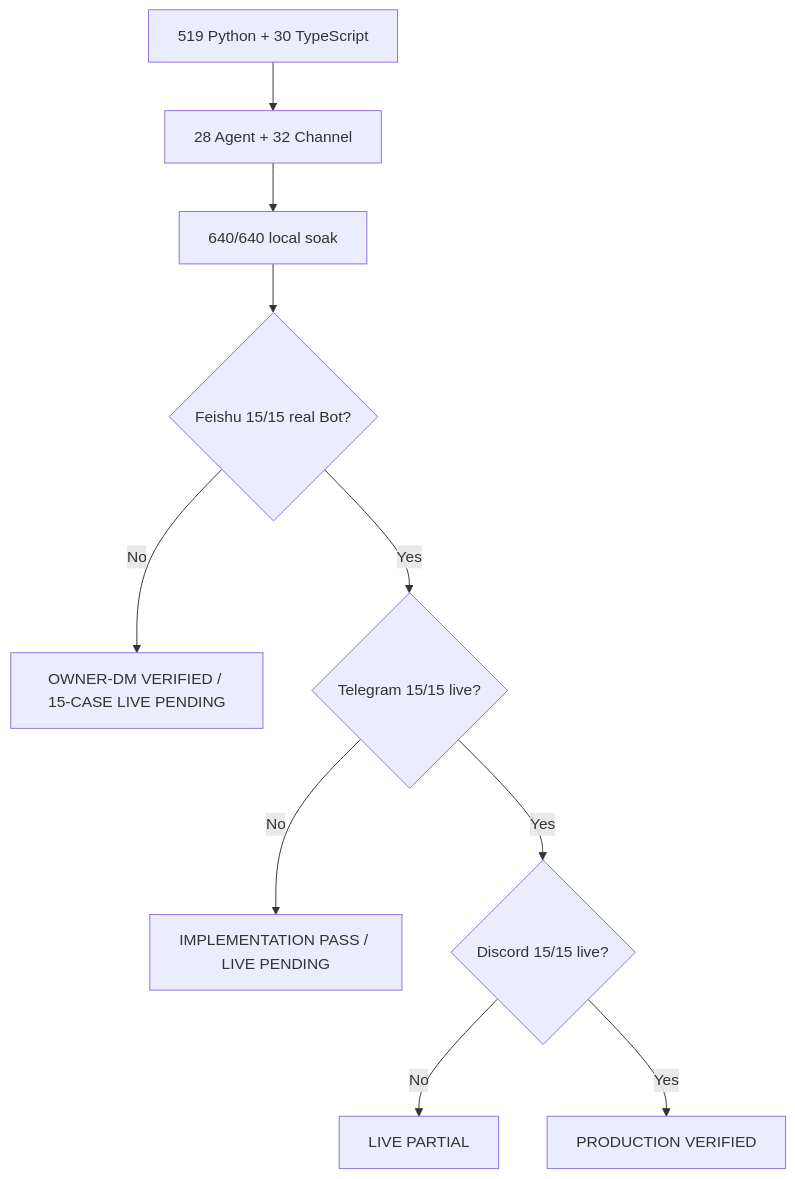
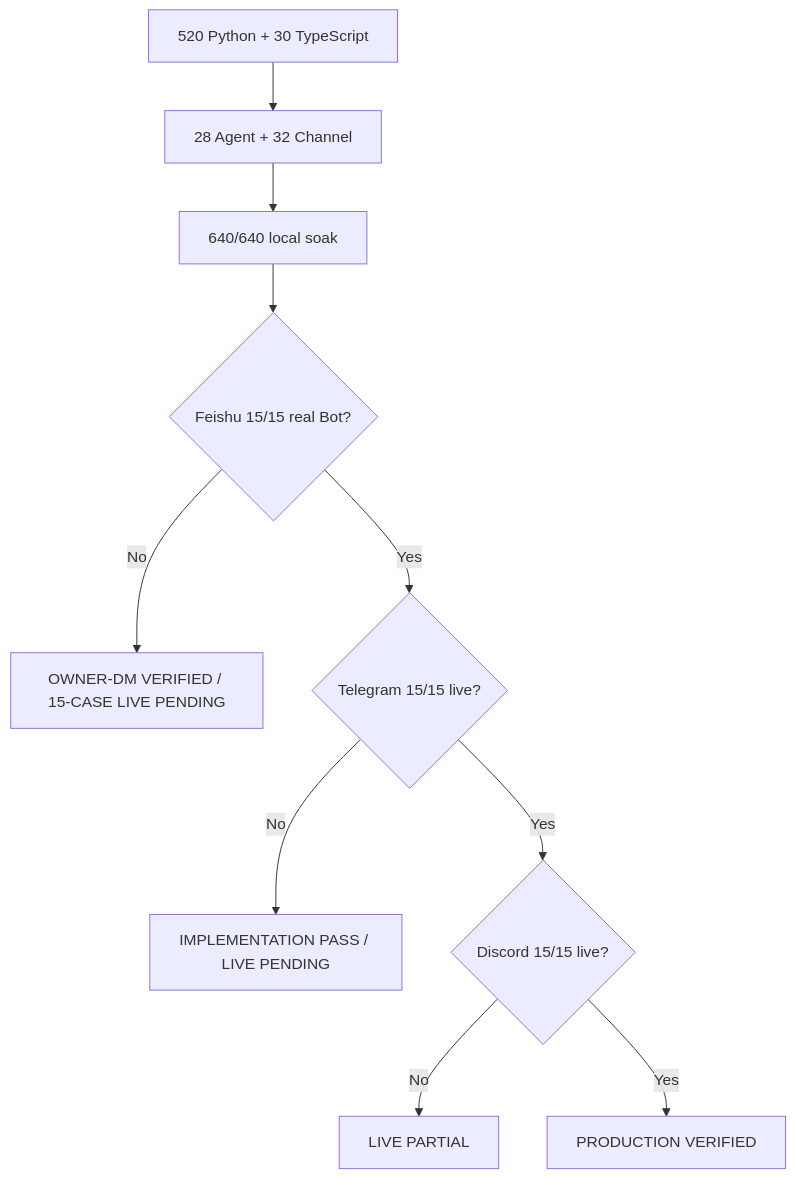
Before and after one commit to NEDONION/lobster0: the second of 2 diagrams in docs/engineering/phase-5/testing-and-live-acceptance.md, drawn with Mermaid. The commit also changed other lines of this file and 37 other files, not shown here.

Commit message:
docs(roadmap): 对齐 OpenClaw 与 Hermes 能力差距

````diff
--- a/docs/engineering/phase-5/testing-and-live-acceptance.md
+++ b/docs/engineering/phase-5/testing-and-live-acceptance.md
@@ -239,12 +239,12 @@
 ```mermaid
 flowchart TD
-    A["519 Python + 30 TypeScript"] --> B["28 Agent + 32 Channel"]
+    A["520 Python + 30 TypeScript"] --> B["28 Agent + 32 Channel"]
     B --> C["640/640 local soak"]
     C --> F{"Feishu 15/15 real Bot?"}
     F -->|"No"| R["OWNER-DM VERIFIED / 15-CASE LIVE PENDING"]
     F -->|"Yes"| D{"Telegram 15/15 live?"}
     D -->|"No"| P["IMPLEMENTATION PASS / LIVE PENDING"]
     D -->|"Yes"| E{"Discord 15/15 live?"}
     E -->|"No"| L["LIVE PARTIAL"]
     E -->|"Yes"| V["PRODUCTION VERIFIED"]
 ```
````
